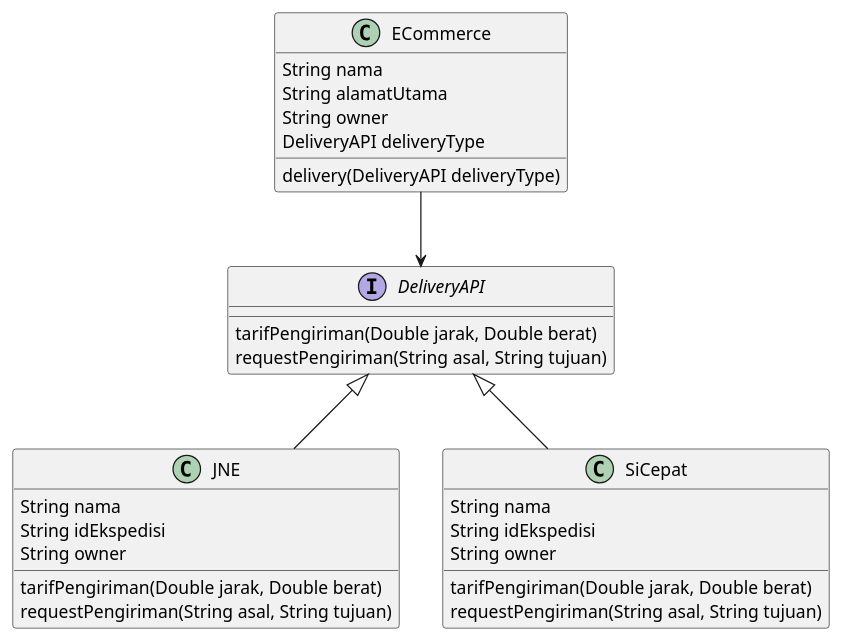
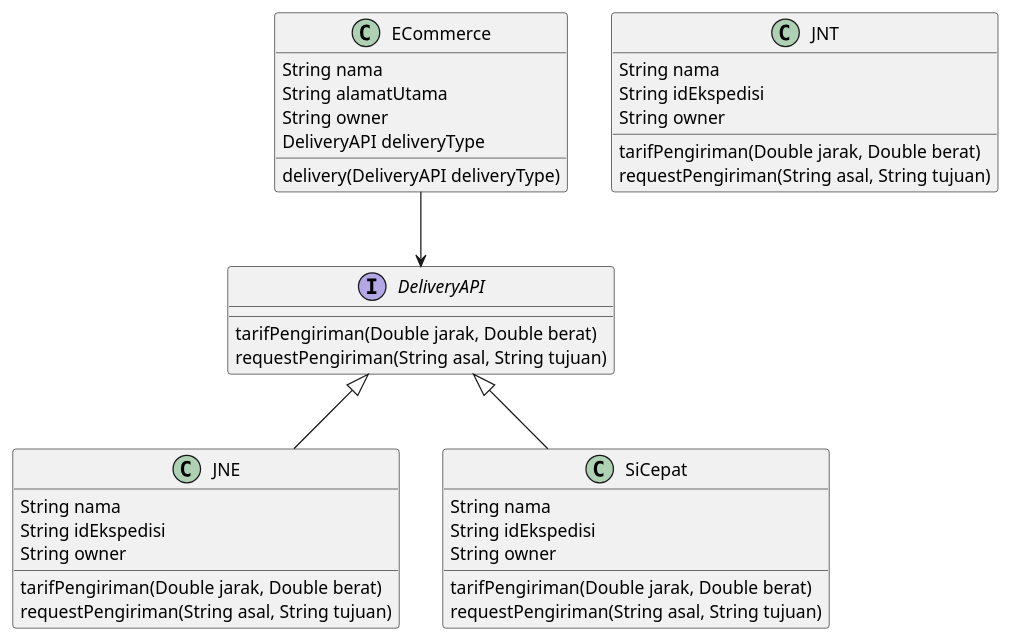
Before and after one commit to farhanzakiputra/pbpu-a-2022: the diagram in Kelompok 2/uml-diagram-kel-2.puml, drawn with PlantUML.

```diff
--- a/Kelompok 2/uml-diagram-kel-2.puml
+++ b/Kelompok 2/uml-diagram-kel-2.puml
@@ -1,34 +1,42 @@
 @startuml
 class ECommerce {
     String nama
     String alamatUtama
     String owner
     DeliveryAPI deliveryType
     delivery(DeliveryAPI deliveryType)
 }
 
 interface DeliveryAPI {
     tarifPengiriman(Double jarak, Double berat)
     requestPengiriman(String asal, String tujuan)
 }
 
 class JNE {
     String nama
     String idEkspedisi
     String owner
     tarifPengiriman(Double jarak, Double berat)
     requestPengiriman(String asal, String tujuan)
 }
 
 class SiCepat {
     String nama
     String idEkspedisi
     String owner
     tarifPengiriman(Double jarak, Double berat)
     requestPengiriman(String asal, String tujuan)
 }
 
+class JNT {
+    String nama
+    String idEkspedisi
+    String owner
+    tarifPengiriman(Double jarak, Double berat)
+    requestPengiriman(String asal, String tujuan)
+}
+
 ECommerce --> DeliveryAPI
 DeliveryAPI <|-- JNE
 DeliveryAPI <|-- SiCepat
 @enduml
```
